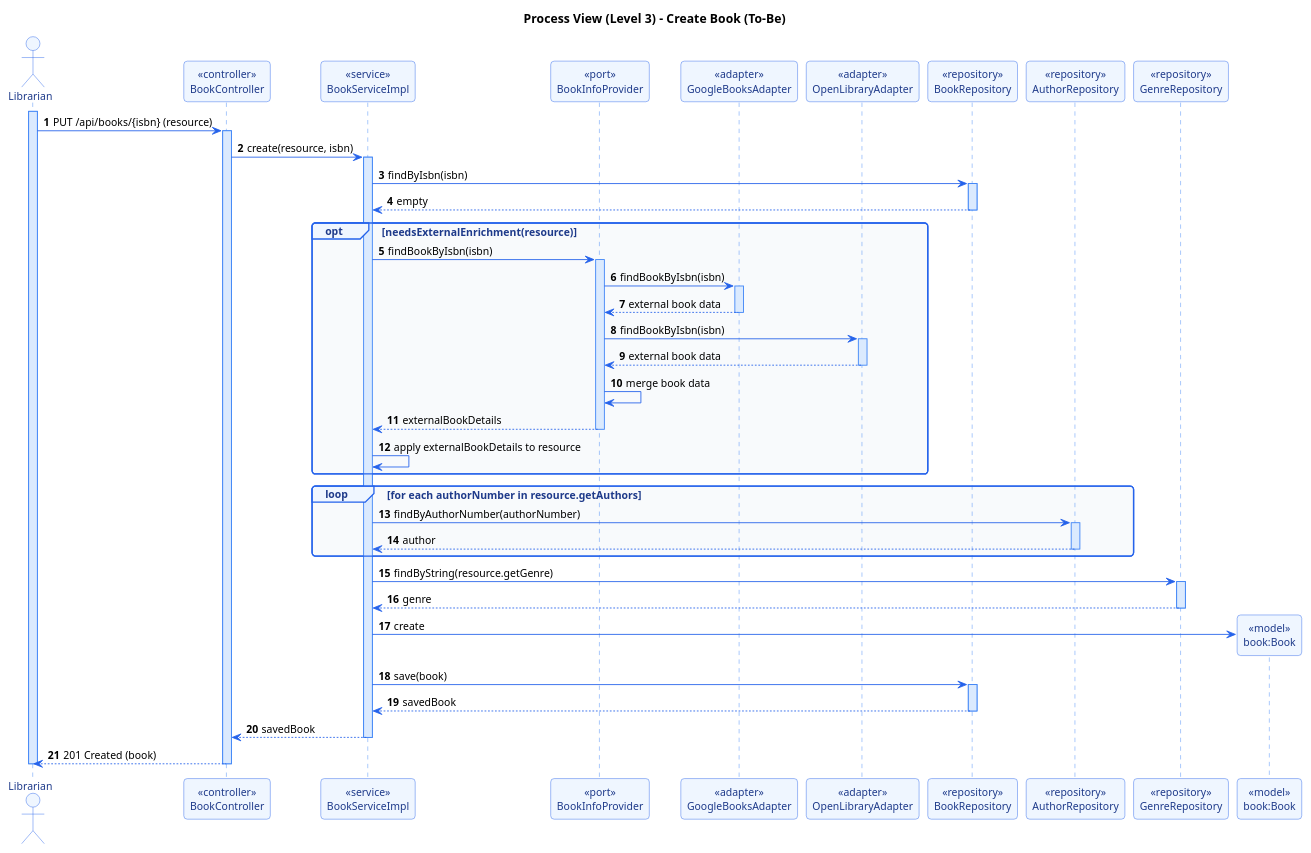
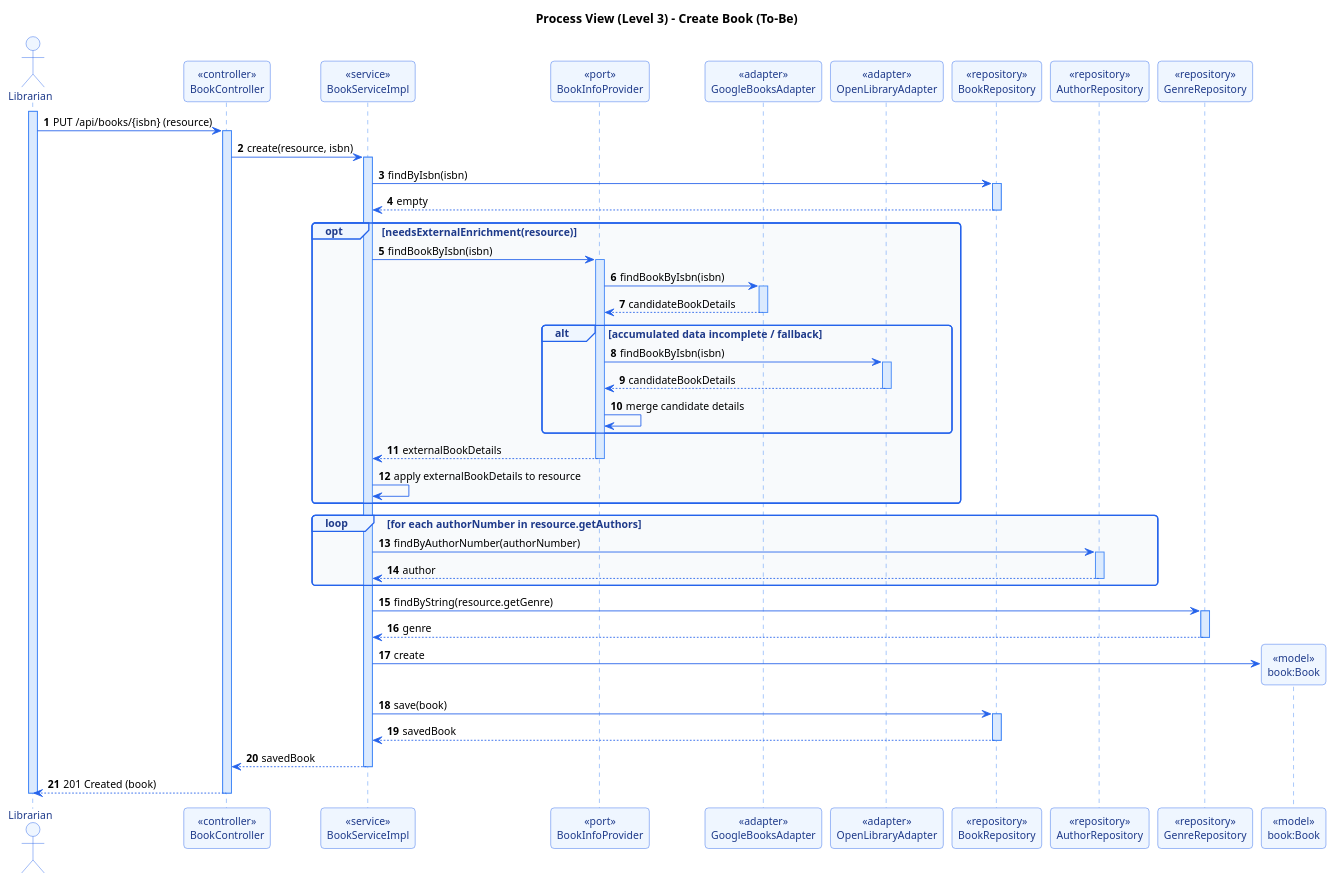
The diagram in Docs/ARQSOFT/system-to-be/Vista Processos/puml/VP_N3_CreateBook.puml (RafaelBrandao04/psoft-project-2026-1), drawn with PlantUML before and after one commit. The commit also changed 13 other files, not shown here.

```diff
--- a/Docs/ARQSOFT/system-to-be/Vista Processos/puml/VP_N3_CreateBook.puml
+++ b/Docs/ARQSOFT/system-to-be/Vista Processos/puml/VP_N3_CreateBook.puml
@@ -1,101 +1,101 @@
 @startuml VP_N3_CreateBook
 title Process View (Level 3) - Create Book (To-Be)
 
 autonumber
 skinparam handwritten false
 skinparam monochrome false
 skinparam shadowing false
 skinparam defaultFontName "Segoe UI"
 skinparam defaultFontSize 12
 skinparam roundCorner 8
 
 skinparam sequence {
     ArrowColor #2563EB
     ActorBorderColor #2563EB
     ActorBackgroundColor #EFF6FF
     ActorFontColor #1E3A8A
     LifeLineBorderColor #3B82F6
     LifeLineBackgroundColor #DBEAFE
     ParticipantBorderColor #2563EB
     ParticipantBackgroundColor #EFF6FF
     ParticipantFontColor #1E3A8A
     GroupBorderColor #2563EB
     GroupBackgroundColor #EFF6FF
     GroupBodyBackgroundColor #F8FAFC
     GroupHeaderFontColor #1E3A8A
     GroupFontColor #1E3A8A
 }
 
 actor "Librarian" as Actor
 participant "<<controller>>\nBookController" as Controller
 participant "<<service>>\nBookServiceImpl" as Service
 participant "<<port>>\nBookInfoProvider" as CompositeProvider
 participant "<<adapter>>\nGoogleBooksAdapter" as GoogleAdapter
 participant "<<adapter>>\nOpenLibraryAdapter" as OpenLibAdapter
 participant "<<repository>>\nBookRepository" as BookRepo
 participant "<<repository>>\nAuthorRepository" as AuthorRepo
 participant "<<repository>>\nGenreRepository" as GenreRepo
 participant "<<model>>\nbook:Book" as BookEntity
 
 activate Actor
 Actor -> Controller: PUT /api/books/{isbn} (resource)
 activate Controller
 
 Controller -> Service: create(resource, isbn)
 activate Service
 
 Service -> BookRepo: findByIsbn(isbn)
 activate BookRepo
 BookRepo --> Service: empty
 deactivate BookRepo
 
 opt needsExternalEnrichment(resource)
     Service -> CompositeProvider: findBookByIsbn(isbn)
     activate CompositeProvider
 
     CompositeProvider -> GoogleAdapter: findBookByIsbn(isbn)
     activate GoogleAdapter
-    GoogleAdapter --> CompositeProvider: external book data
+    GoogleAdapter --> CompositeProvider: candidateBookDetails
     deactivate GoogleAdapter
-
-    CompositeProvider -> OpenLibAdapter: findBookByIsbn(isbn)
-    activate OpenLibAdapter
-    OpenLibAdapter --> CompositeProvider: external book data
-    deactivate OpenLibAdapter
-
-    CompositeProvider -> CompositeProvider: merge book data
+    alt accumulated data incomplete / fallback
+        CompositeProvider -> OpenLibAdapter: findBookByIsbn(isbn)
+        activate OpenLibAdapter
+        OpenLibAdapter --> CompositeProvider: candidateBookDetails
+        deactivate OpenLibAdapter
+        CompositeProvider -> CompositeProvider: merge candidate details
+    end
 
     CompositeProvider --> Service: externalBookDetails
     deactivate CompositeProvider
 
     Service -> Service: apply externalBookDetails to resource
 end
 
 loop for each authorNumber in resource.getAuthors
     Service -> AuthorRepo: findByAuthorNumber(authorNumber)
     activate AuthorRepo
     AuthorRepo --> Service: author
     deactivate AuthorRepo
 end
 
 Service -> GenreRepo: findByString(resource.getGenre)
 activate GenreRepo
 GenreRepo --> Service: genre
 deactivate GenreRepo
 
 create BookEntity
 Service -> BookEntity: create
 
 Service -> BookRepo: save(book)
 activate BookRepo
 BookRepo --> Service: savedBook
 deactivate BookRepo
 
 Service --> Controller: savedBook
 deactivate Service
 
 Controller --> Actor: 201 Created (book)
 deactivate Controller
 deactivate Actor
 
 @enduml
```
